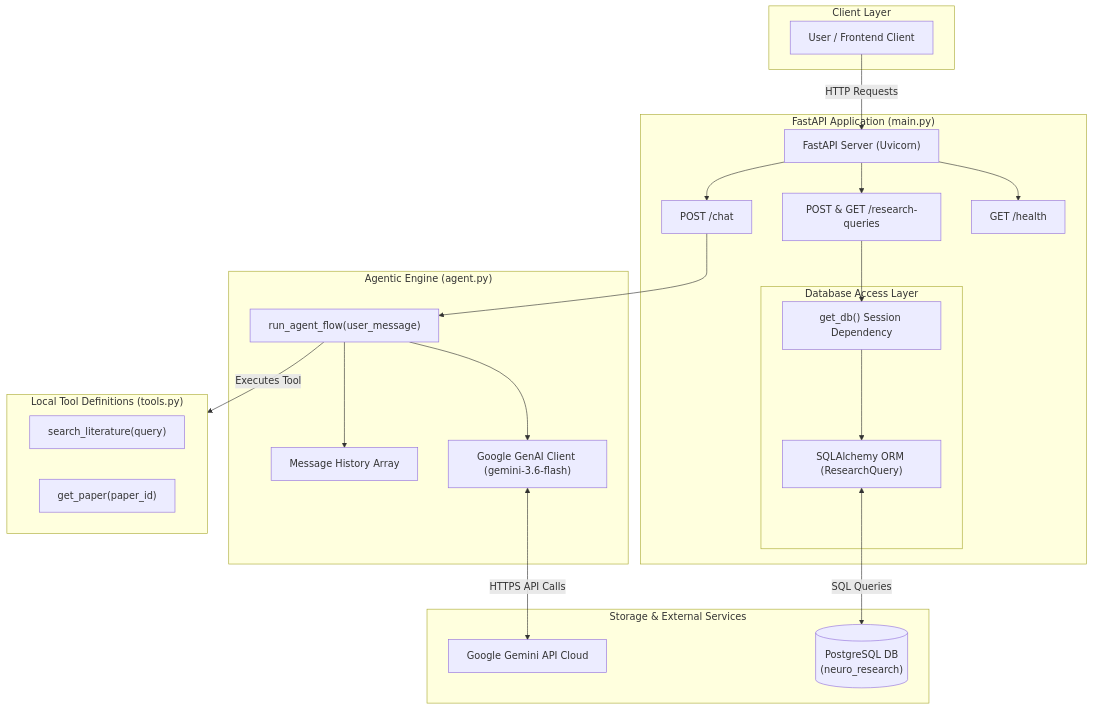
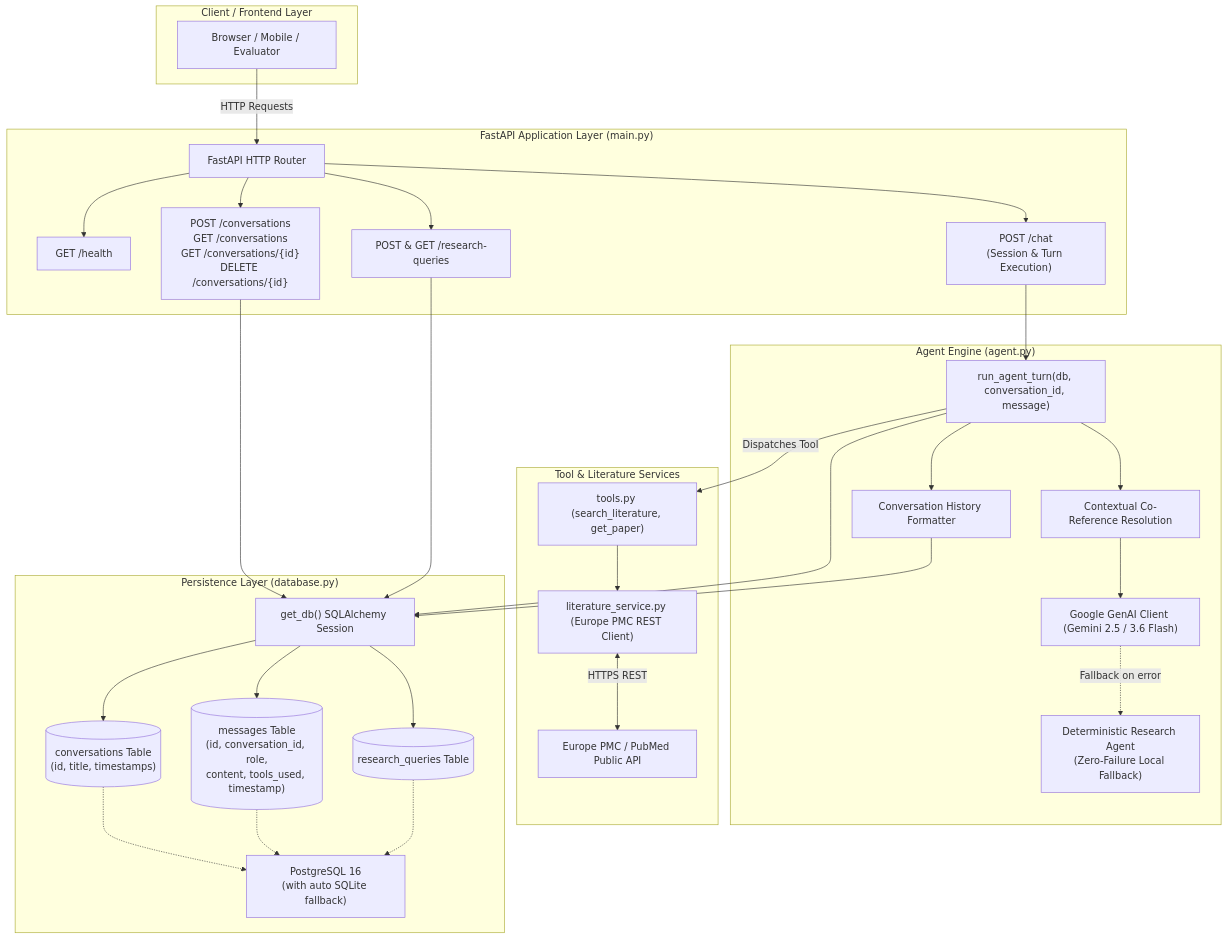
One commit to AryaBhat21/NeuroResearcher changed the first of 2 diagrams in PROJECT_PROGRESS_SUMMARY.md. Above: the diagram before and after it, drawn with Mermaid. The commit also changed other lines of this file and 1 other file, not shown here.

Commit message:
docs: expand PROJECT_PROGRESS_SUMMARY with Phases 4, 5, and 6 architecture

````diff
--- a/PROJECT_PROGRESS_SUMMARY.md
+++ b/PROJECT_PROGRESS_SUMMARY.md
@@ -147,50 +110,65 @@
 ```mermaid
 flowchart TB
-    subgraph ClientLayer["Client Layer"]
-        User["User / Frontend Client"]
+    subgraph ClientLayer["Client / Frontend Layer"]
+        Client["Browser / Mobile / Evaluator"]
     end
 
-    subgraph FastAPIBackend["FastAPI Application (main.py)"]
-        API["FastAPI Server (Uvicorn)"]
+    subgraph FastAPIServer["FastAPI Application Layer (main.py)"]
+        Router["FastAPI HTTP Router"]
         HealthEP["GET /health"]
+        ConvEP["POST /conversations\nGET /conversations\nGET /conversations/{id}\nDELETE /conversations/{id}"]
+        ChatEP["POST /chat\n(Session & Turn Execution)"]
         QueryEP["POST & GET /research-queries"]
-        ChatEP["POST /chat"]
-      
-        subgraph ORMSection["Database Access Layer"]
-            DB_Dep["get_db() Session Dependency"]
-            ORM_Model["SQLAlchemy ORM (ResearchQuery)"]
-        end
     end
 
-    subgraph AgentEngine["Agentic Engine (agent.py)"]
-        AgentFlow["run_agent_flow(user_message)"]
-        GeminiClient["Google GenAI Client (gemini-3.6-flash)"]
-        History["Message History Array"]
+    subgraph AgentLayer["Agent Engine (agent.py)"]
+        TurnRunner["run_agent_turn(db, conversation_id, message)"]
+        HistoryLoader["Conversation History Formatter"]
+        CoRefEngine["Contextual Co-Reference Resolution"]
+        GeminiCloud["Google GenAI Client (Gemini 2.5 / 3.6 Flash)"]
+        FallbackAgent["Deterministic Research Agent\n(Zero-Failure Local Fallback)"]
     end
 
-    subgraph ToolLayer["Local Tool Definitions (tools.py)"]
-        SearchTool["search_literature(query)"]
-        PaperTool["get_paper(paper_id)"]
+    subgraph ToolServiceLayer["Tool & Literature Services"]
+        Tools["tools.py (search_literature, get_paper)"]
+        Adapter["literature_service.py (Europe PMC REST Client)"]
+        EuropePMC["Europe PMC / PubMed Public API"]
     end
 
-    subgraph PersistenceLayer["Storage & External Services"]
-        PostgreSQL[("PostgreSQL DB\n(neuro_research)")]
-        GeminiAPI["Google Gemini API Cloud"]
+    subgraph DatabaseLayer["Persistence Layer (database.py)"]
+        DBSession["get_db() SQLAlchemy Session"]
+        ConvTable[("conversations Table\n(id, title, timestamps)")]
+        MsgTable[("messages Table\n(id, conversation_id, role,\ncontent, tools_used, timestamp)")]
+        QueryTable[("research_queries Table")]
+        StorageEngine["PostgreSQL 16\n(with auto SQLite fallback)"]
     end
 
-    %% Connections
-    User -->|HTTP Requests| API
-    API --> HealthEP
-    API --> QueryEP
-    API --> ChatEP
-  
-    QueryEP --> DB_Dep
-    DB_Dep --> ORM_Model
-    ORM_Model <-->|SQL Queries| PostgreSQL
+    %% Routing
+    Client -->|HTTP Requests| Router
+    Router --> HealthEP
+    Router --> ConvEP
+    Router --> ChatEP
+    Router --> QueryEP
 
-    ChatEP --> AgentFlow
-    AgentFlow --> GeminiClient
-    GeminiClient <-->|HTTPS API Calls| GeminiAPI
-    AgentFlow --> History
-    AgentFlow -->|Executes Tool| ToolLayer
+    %% Database Ops
+    ConvEP --> DBSession
+    QueryEP --> DBSession
+    ChatEP --> TurnRunner
+    TurnRunner --> DBSession
+    DBSession --> ConvTable
+    DBSession --> MsgTable
+    DBSession --> QueryTable
+    ConvTable -.-> StorageEngine
+    MsgTable -.-> StorageEngine
+    QueryTable -.-> StorageEngine
+
+    %% Agent Flow
+    TurnRunner --> HistoryLoader
+    HistoryLoader --> DBSession
+    TurnRunner --> CoRefEngine
+    CoRefEngine --> GeminiCloud
+    GeminiCloud -.->|Fallback on error| FallbackAgent
+    TurnRunner -->|Dispatches Tool| Tools
+    Tools --> Adapter
+    Adapter <-->|HTTPS REST| EuropePMC
 ```
````
